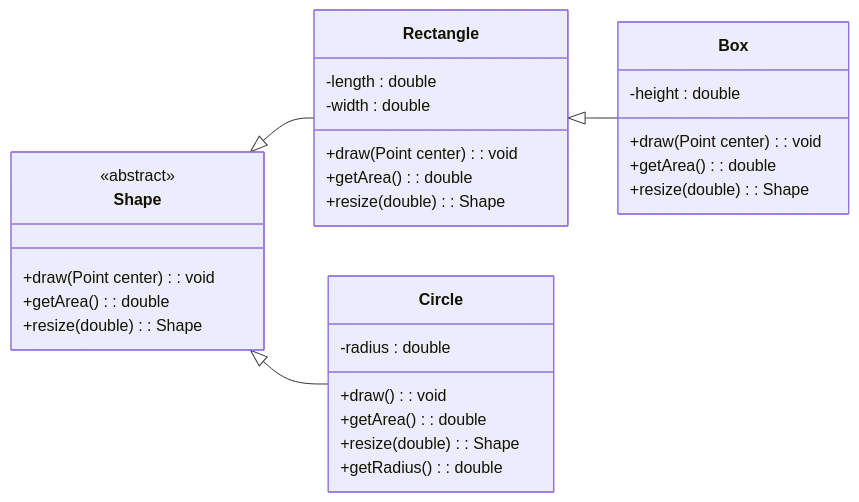
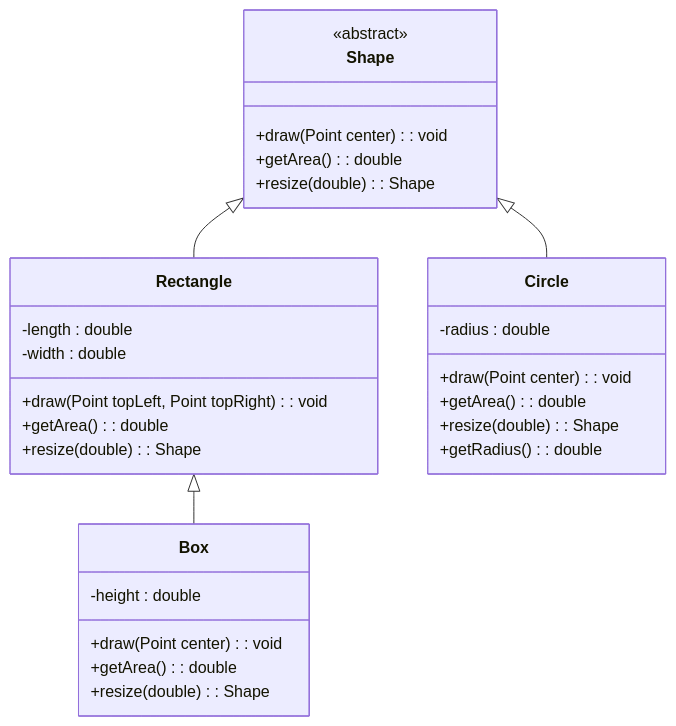
One commit to tszwinglitw/5004-TeamActivities changed the diagram in Module03/README.md. Above: the diagram before and after it, drawn with Mermaid. The commit also changed other lines of this file, not shown here.

````diff
--- a/Module03/README.md
+++ b/Module03/README.md
@@ -55,36 +55,35 @@
 ```mermaid
 ---
 Good or bad inheritance?
 ---
 classDiagram
-    direction LR
     Shape <|-- Rectangle
     Shape <|-- Circle
     Rectangle <|-- Box
     class Shape{
         <<abstract>>
         +draw(Point center) : void
         +getArea() : double
         +resize(double) : Shape
     }
     class Rectangle{
         -length : double
         -width : double
-        +draw(Point center) : void
+        +draw(Point topLeft, Point topRight) : void
         +getArea() : double
         +resize(double) : Shape
     }
     class Box {
         -height : double
         +draw(Point center) : void
         +getArea() : double
         +resize(double) : Shape
     }
     class Circle {
         -radius : double
-        +draw() : void
+        +draw(Point center) : void
         +getArea() : double
         +resize(double) : Shape
         +getRadius() : double
     }
 ```
````
